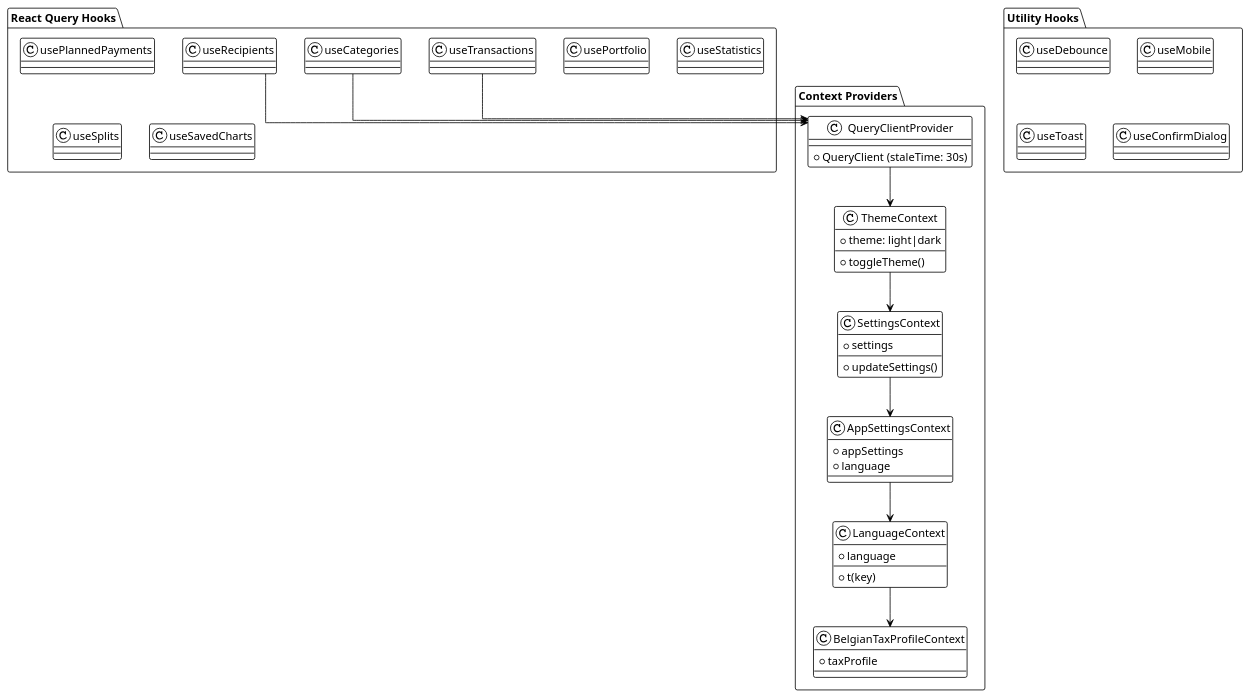
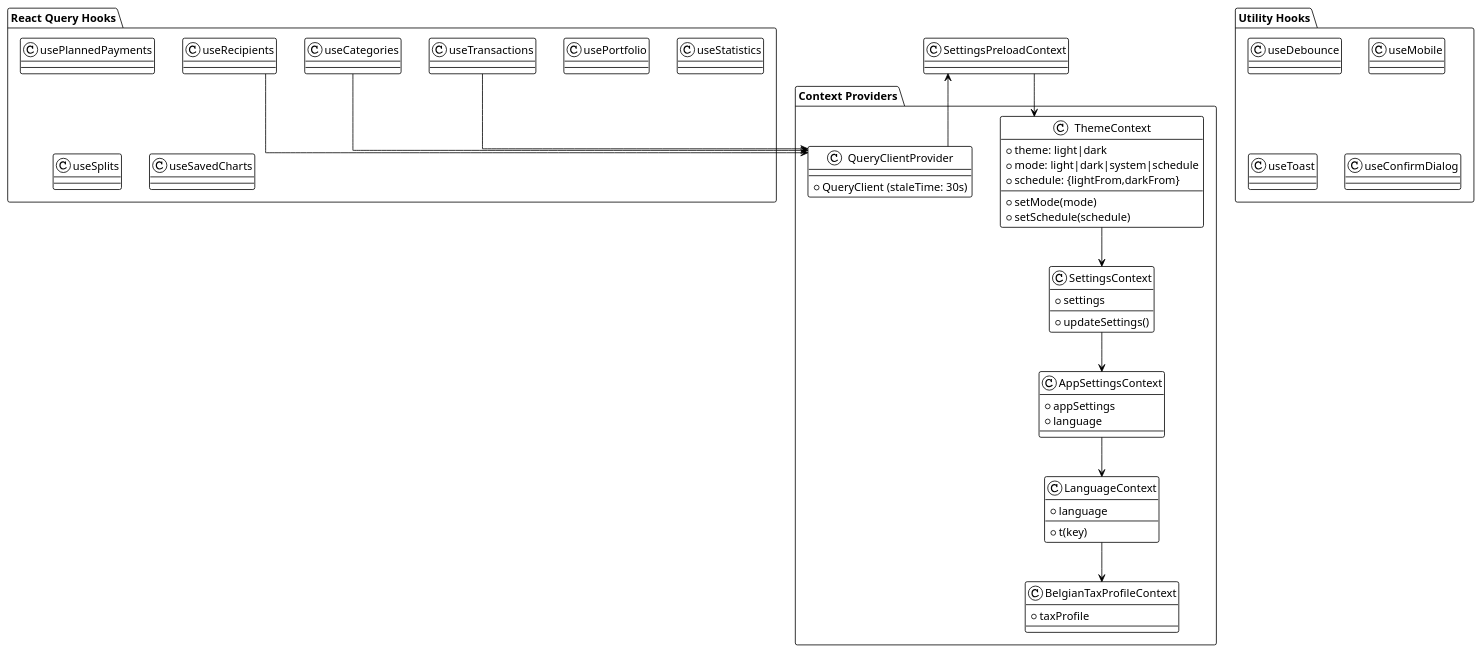
One commit to EraPartner/Vision changed the second of 6 diagrams in docs/architecture/frontend-architecture.md. Above: the diagram before and after it, drawn with PlantUML. The commit also changed other lines of this file and 37 other files, not shown here.

````diff
--- a/docs/architecture/frontend-architecture.md
+++ b/docs/architecture/frontend-architecture.md
@@ -94,67 +94,71 @@
 ```plantuml
 @startuml
 !theme plain
 skinparam linetype ortho
 skinparam nodesep 35
 skinparam ranksep 50
 
 package "Context Providers" {
   class QueryClientProvider {
     +QueryClient (staleTime: 30s)
   }
   
   class ThemeContext {
     +theme: light|dark
-    +toggleTheme()
+    +mode: light|dark|system|schedule
+    +schedule: {lightFrom,darkFrom}
+    +setMode(mode)
+    +setSchedule(schedule)
   }
   
   class SettingsContext {
     +settings
     +updateSettings()
   }
   
   class AppSettingsContext {
     +appSettings
     +language
   }
   
   class LanguageContext {
     +language
     +t(key)
   }
   
   class BelgianTaxProfileContext {
     +taxProfile
   }
 }
 
 package "React Query Hooks" {
   class useTransactions
   class useCategories
   class useRecipients
   class usePlannedPayments
   class usePortfolio
   class useStatistics
   class useSplits
   class useSavedCharts
 }
 
 package "Utility Hooks" {
   class useDebounce
   class useMobile
   class useToast
   class useConfirmDialog
 }
 
-QueryClientProvider --> ThemeContext
+QueryClientProvider --> SettingsPreloadContext
+SettingsPreloadContext --> ThemeContext
 ThemeContext --> SettingsContext
 SettingsContext --> AppSettingsContext
 AppSettingsContext --> LanguageContext
 LanguageContext --> BelgianTaxProfileContext
 
 useTransactions --> QueryClientProvider
 useCategories --> QueryClientProvider
 useRecipients --> QueryClientProvider
 
 @enduml
 ```
````
